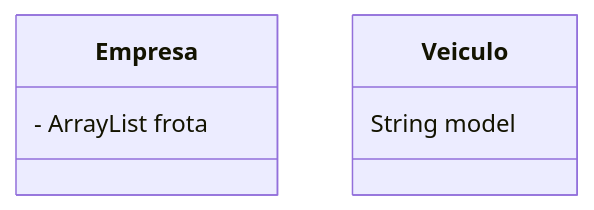
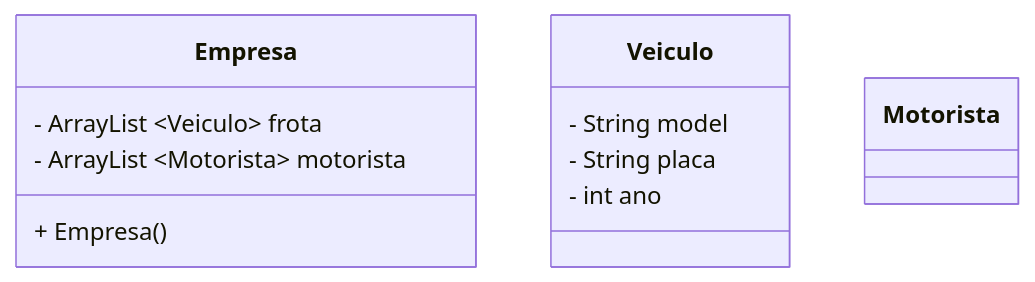
Before and after one commit to Aluno55/POO: the diagram in lab-04/app/src/main/java/engtelecom/poo/README3.md, drawn with Mermaid. The commit also changed other lines of this file and 1 other file, not shown here.

Commit message:
readme 4

````diff
--- a/lab-04/app/src/main/java/engtelecom/poo/README3.md
+++ b/lab-04/app/src/main/java/engtelecom/poo/README3.md
@@ -1,9 +3,16 @@
 ```mermaid
 classDiagram
     class Empresa{
-        - ArrayList<Veiculo> frota
+        - ArrayList ~Veiculo~ frota
+        - ArrayList ~Motorista~ motorista
+        + Empresa ()
     }
     class Veiculo{
-        String model
+        - String model
+        - String placa
+        - int ano
+    }
+    class Motorista{
+        
     }
 ```
````
